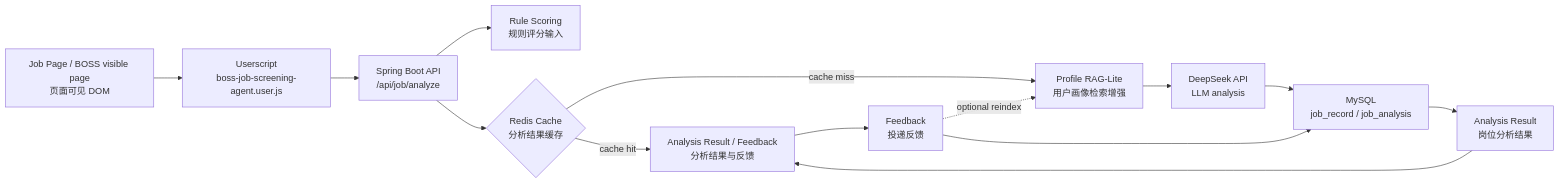
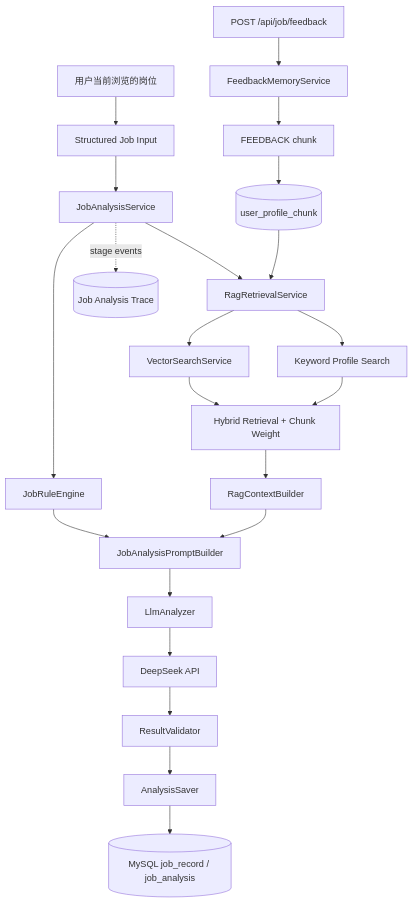
The second of 6 diagrams in README.md (litao310294-cyber/ai-job-application-tracker-toolkit), drawn with Mermaid before and after one commit. The commit also changed other lines of this file, not shown here.

Commit message:
docs: improve project README for AI agent engineering showcase

````diff
--- a/README.md
+++ b/README.md
@@ -42,16 +104,24 @@
 ```mermaid
-flowchart LR
-  A["Job Page / BOSS visible page<br/>页面可见 DOM"] --> B["Userscript<br/>boss-job-screening-agent.user.js"]
-  B --> C["Spring Boot API<br/>/api/job/analyze"]
-  C --> D["Rule Scoring<br/>规则评分输入"]
-  C --> E{"Redis Cache<br/>分析结果缓存"}
-  E -- "cache hit" --> K["Analysis Result / Feedback<br/>分析结果与反馈"]
-  E -- "cache miss" --> F["Profile RAG-Lite<br/>用户画像检索增强"]
-  F --> G["DeepSeek API<br/>LLM analysis"]
-  G --> H["MySQL<br/>job_record / job_analysis"]
-  H --> I["Analysis Result<br/>岗位分析结果"]
-  I --> K
-  K --> J["Feedback<br/>投递反馈"]
-  J --> H
-  J -. "optional reindex" .-> F
+flowchart TD
+    A[用户当前浏览的岗位] --> B[Structured Job Input]
+    B --> C[JobAnalysisService]
+    C --> D[JobRuleEngine]
+    C --> E[RagRetrievalService]
+    E --> E1[VectorSearchService]
+    E --> E2[Keyword Profile Search]
+    E1 --> E3[Hybrid Retrieval + Chunk Weight]
+    E2 --> E3
+    E3 --> F[RagContextBuilder]
+    D --> G[JobAnalysisPromptBuilder]
+    F --> G
+    G --> H[LlmAnalyzer]
+    H --> I[DeepSeek API]
+    I --> J[ResultValidator]
+    J --> K[AnalysisSaver]
+    K --> L[(MySQL job_record / job_analysis)]
+    C -. stage events .-> M[(Job Analysis Trace)]
+    N[POST /api/job/feedback] --> O[FeedbackMemoryService]
+    O --> P[FEEDBACK chunk]
+    P --> Q[(user_profile_chunk)]
+    Q --> E
 ```
````
